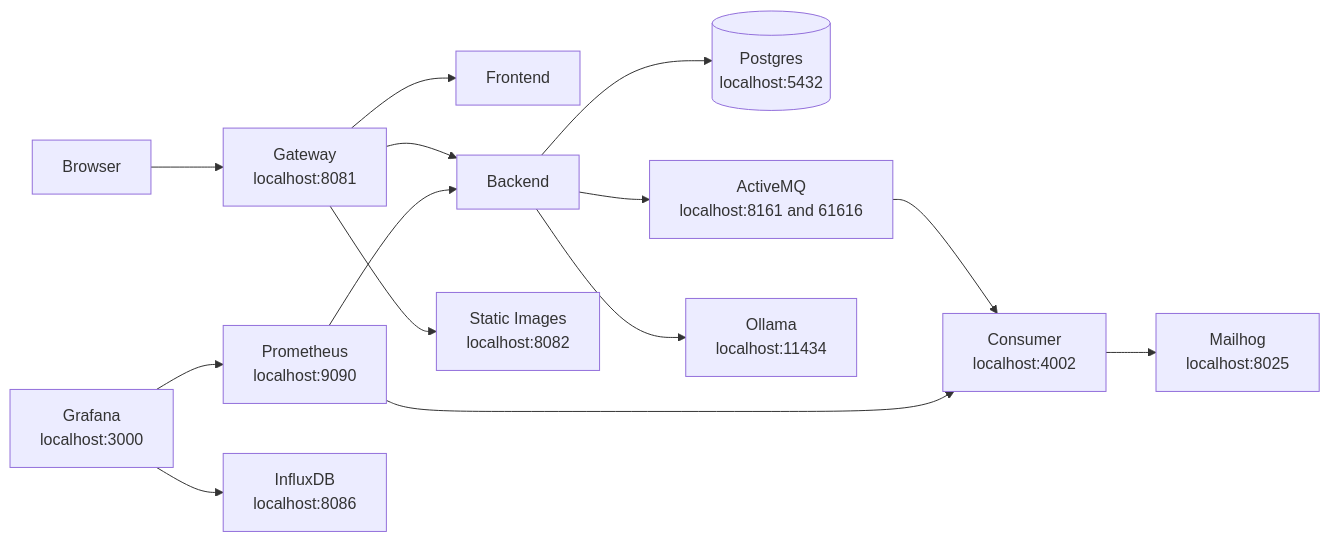
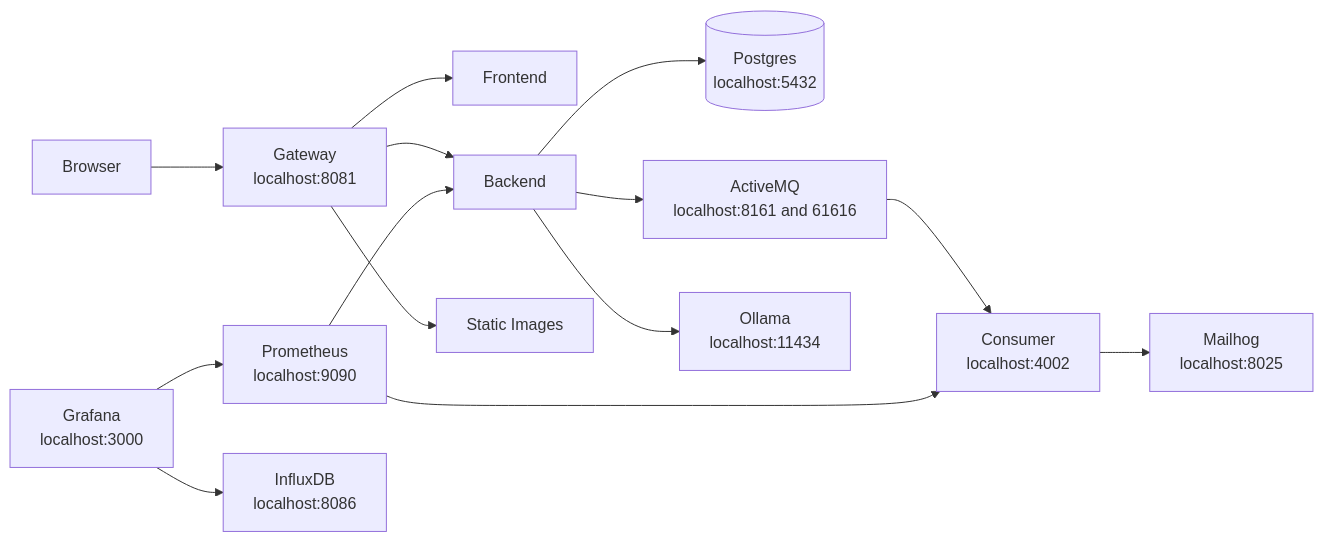
One commit to slawekradzyminski/awesome-localstack changed the second of 3 diagrams in README.md. Above: the diagram before and after it, drawn with Mermaid. The commit also changed other lines of this file and 12 other files, not shown here.

````diff
--- a/README.md
+++ b/README.md
@@ -115,30 +113,30 @@
 ```mermaid
 flowchart LR
     U[Browser]
     G[Gateway<br/>localhost:8081]
     F[Frontend]
     B[Backend]
-    S[Static Images<br/>localhost:8082]
+    S[Static Images]
     DB[(Postgres<br/>localhost:5432)]
     MQ[ActiveMQ<br/>localhost:8161 and 61616]
     C[Consumer<br/>localhost:4002]
     M[Mailhog<br/>localhost:8025]
     O[Ollama<br/>localhost:11434]
     P[Prometheus<br/>localhost:9090]
     GR[Grafana<br/>localhost:3000]
     I[InfluxDB<br/>localhost:8086]
 
     U --> G
     G --> F
     G --> B
     G --> S
     B --> DB
     B --> MQ
     MQ --> C
     C --> M
     B --> O
     P --> B
     P --> C
     GR --> P
     GR --> I
 ```
````
